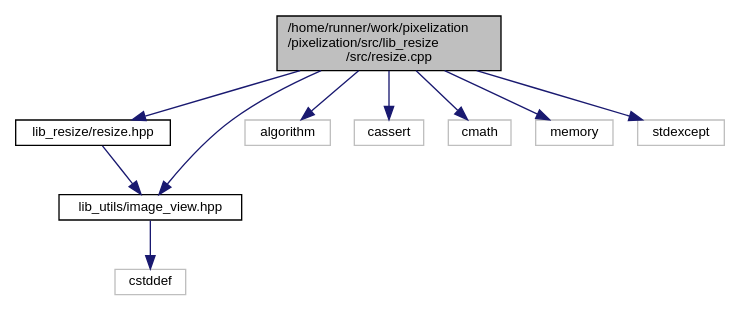
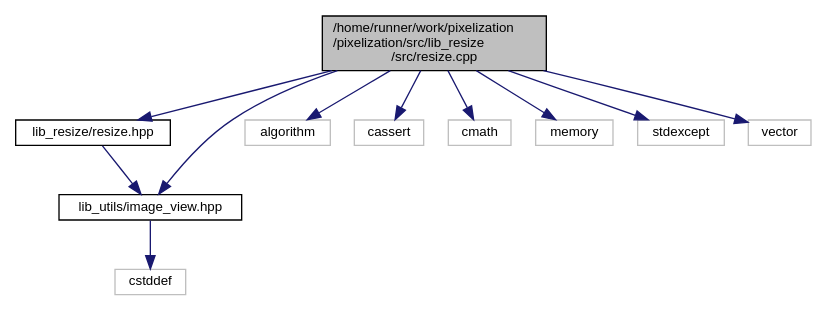
Before and after one commit to lukki15/pixelization: the diagram in resize_8cpp__incl.dot, drawn with Graphviz. The commit also changed 2 other files, not shown here.

```diff
--- a/resize_8cpp__incl.dot
+++ b/resize_8cpp__incl.dot
@@ -1,24 +1,26 @@
 digraph "/home/runner/work/pixelization/pixelization/src/lib_resize/src/resize.cpp"
 {
  // LATEX_PDF_SIZE
   edge [fontname="Helvetica",fontsize="10",labelfontname="Helvetica",labelfontsize="10"];
   node [fontname="Helvetica",fontsize="10",shape=record];
   Node1 [label="/home/runner/work/pixelization\l/pixelization/src/lib_resize\l/src/resize.cpp",height=0.2,width=0.4,color="black", fillcolor="grey75", style="filled", fontcolor="black",tooltip=" "];
   Node1 -> Node2 [color="midnightblue",fontsize="10",style="solid",fontname="Helvetica"];
   Node2 [label="lib_resize/resize.hpp",height=0.2,width=0.4,color="black", fillcolor="white", style="filled",URL="$resize_8hpp.html",tooltip=" "];
   Node2 -> Node3 [color="midnightblue",fontsize="10",style="solid",fontname="Helvetica"];
   Node3 [label="lib_utils/image_view.hpp",height=0.2,width=0.4,color="black", fillcolor="white", style="filled",URL="$image__view_8hpp.html",tooltip=" "];
   Node3 -> Node4 [color="midnightblue",fontsize="10",style="solid",fontname="Helvetica"];
   Node4 [label="cstddef",height=0.2,width=0.4,color="grey75", fillcolor="white", style="filled",tooltip=" "];
   Node1 -> Node3 [color="midnightblue",fontsize="10",style="solid",fontname="Helvetica"];
   Node1 -> Node5 [color="midnightblue",fontsize="10",style="solid",fontname="Helvetica"];
   Node5 [label="algorithm",height=0.2,width=0.4,color="grey75", fillcolor="white", style="filled",tooltip=" "];
   Node1 -> Node6 [color="midnightblue",fontsize="10",style="solid",fontname="Helvetica"];
   Node6 [label="cassert",height=0.2,width=0.4,color="grey75", fillcolor="white", style="filled",tooltip=" "];
   Node1 -> Node7 [color="midnightblue",fontsize="10",style="solid",fontname="Helvetica"];
   Node7 [label="cmath",height=0.2,width=0.4,color="grey75", fillcolor="white", style="filled",tooltip=" "];
   Node1 -> Node8 [color="midnightblue",fontsize="10",style="solid",fontname="Helvetica"];
   Node8 [label="memory",height=0.2,width=0.4,color="grey75", fillcolor="white", style="filled",tooltip=" "];
   Node1 -> Node9 [color="midnightblue",fontsize="10",style="solid",fontname="Helvetica"];
   Node9 [label="stdexcept",height=0.2,width=0.4,color="grey75", fillcolor="white", style="filled",tooltip=" "];
+  Node1 -> Node10 [color="midnightblue",fontsize="10",style="solid",fontname="Helvetica"];
+  Node10 [label="vector",height=0.2,width=0.4,color="grey75", fillcolor="white", style="filled",tooltip=" "];
 }
```
